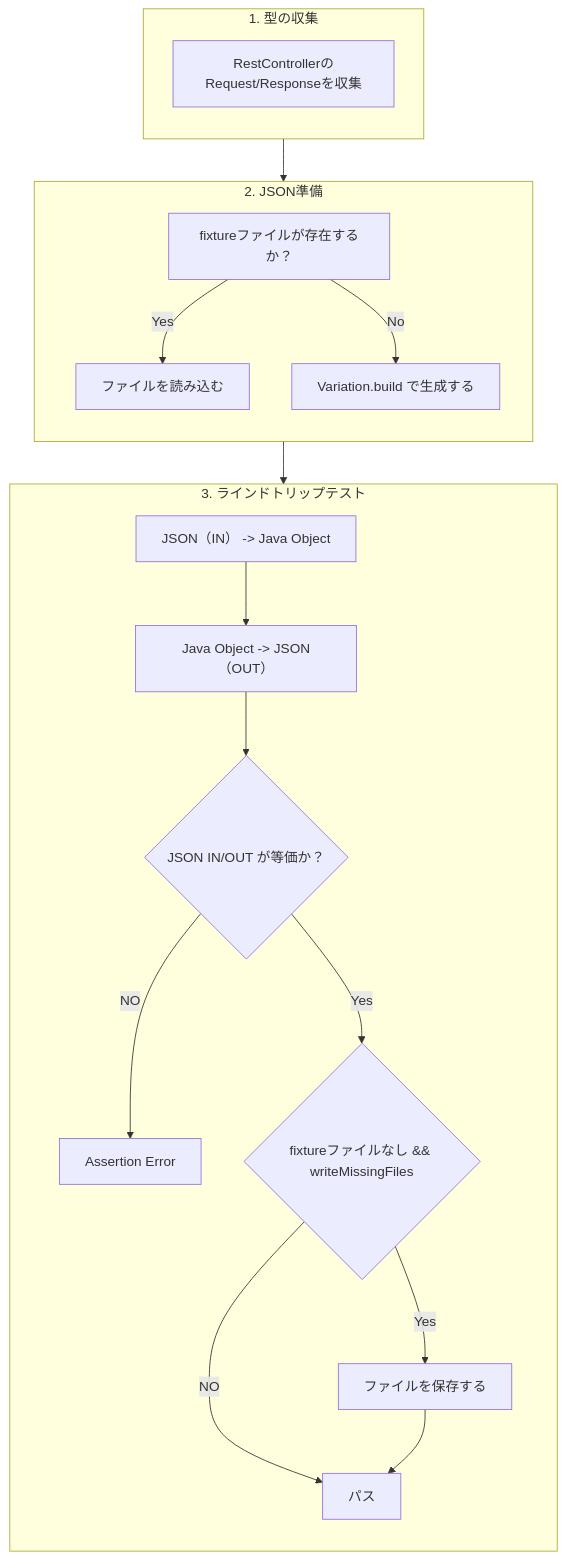
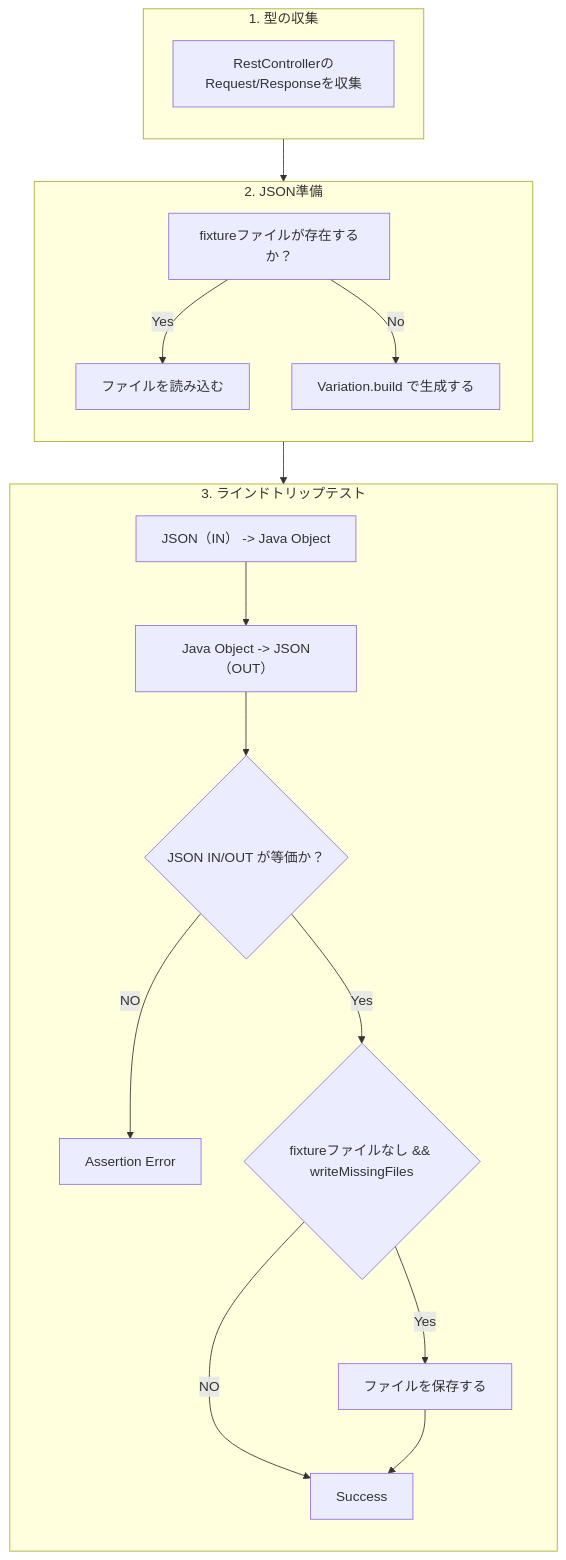
The diagram in README.md (irof/spring-payload-binding-test), drawn with Mermaid before and after one commit.

Commit message:
update README: change "パス" to "Success" in mermaid diagram for consistency

````diff
--- a/README.md
+++ b/README.md
@@ -10,31 +10,31 @@
 ```mermaid
 flowchart TB
   subgraph Collection[1. 型の収集]
     direction TB
     C1[RestControllerのRequest/Responseを収集]
   end
 
   subgraph Prepare[2. JSON準備]
     direction TB
     E1["fixtureファイルが存在するか？"]
     E1 -- Yes --> E2-1[ファイルを読み込む]
     E1 -- No --> E2-2[Variation.build で生成する]
   end
 
   subgraph Execution[3. ラインドトリップテスト]
     direction TB
     T1["JSON（IN） -> Java Object"]
     T2["Java Object -> JSON（OUT）"]
     TC{"JSON IN/OUT が等価か？"}
     T1 --> T2 --> TC
     TC -- NO --> T_error[Assertion Error]
     TC -- Yes --> TW{"fixtureファイルなし && writeMissingFiles"}
-    T_success["パス"]
+    T_success["Success"]
     TW -- NO --> T_success
     TW -- Yes --> T_write["ファイルを保存する"]
     T_write --> T_success
   end
 
   Collection --> Prepare
   Prepare --> Execution
 ```
````
